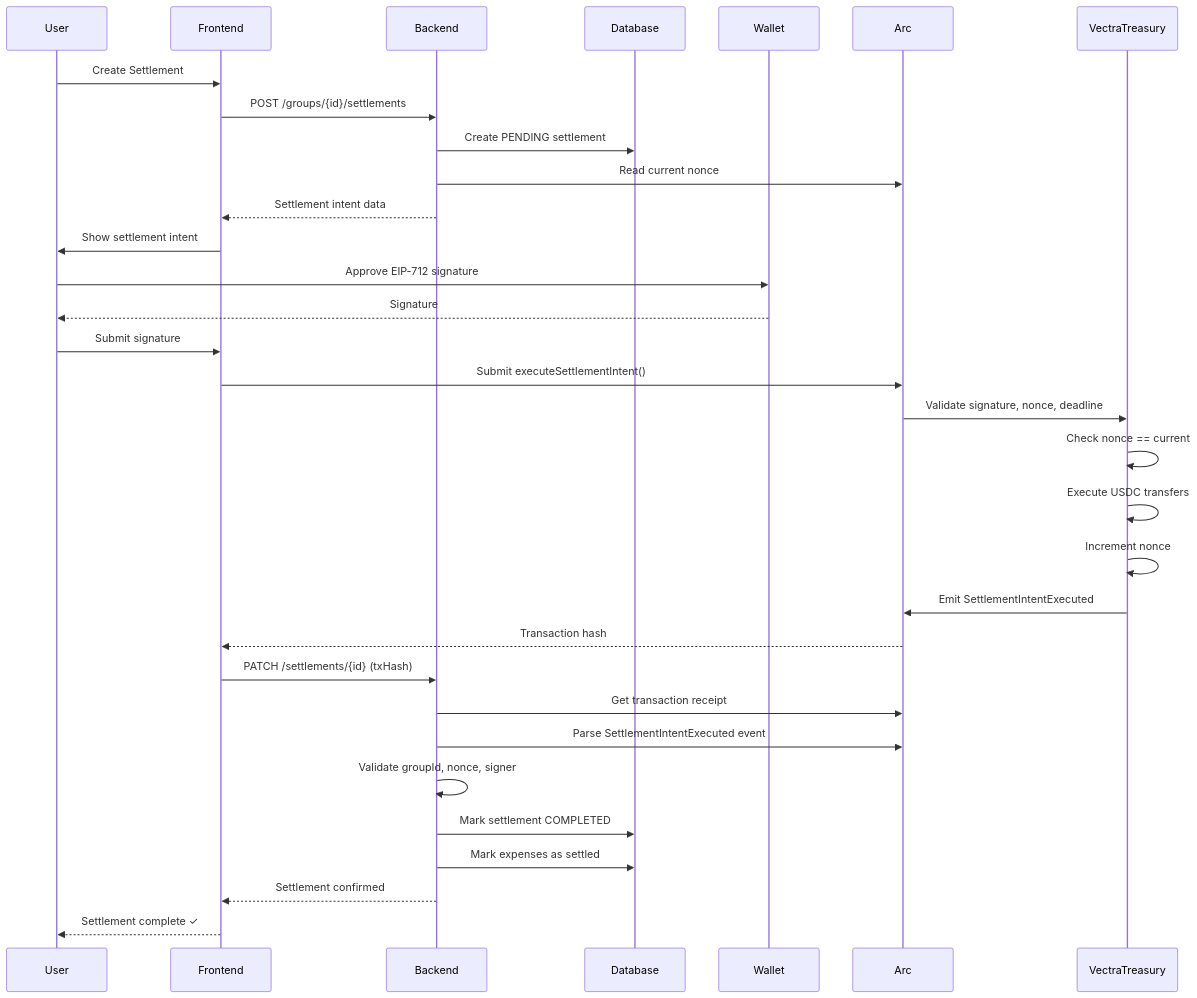
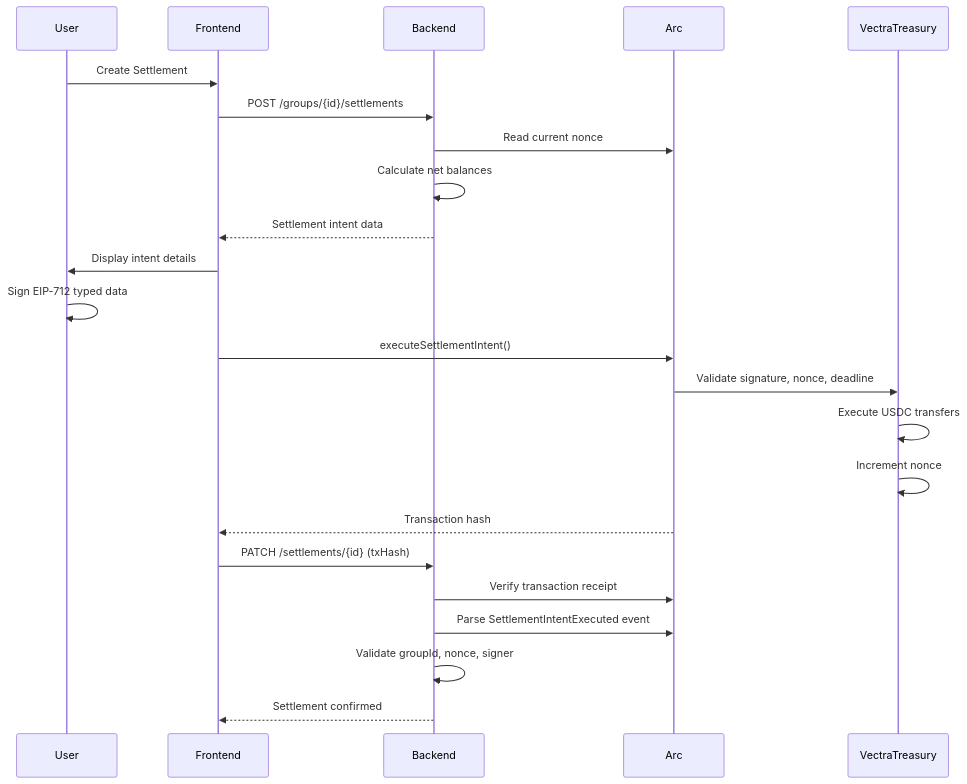
The second of 2 diagrams in README.md (Pixie-19/Vectra), drawn with Mermaid before and after one commit. The commit also changed other lines of this file and 1 other file, not shown here.

````diff
--- a/README.md
+++ b/README.md
@@ -207,38 +183,29 @@
 ```mermaid
 sequenceDiagram
     participant User
     participant Frontend
     participant Backend
-    participant Database
-    participant Wallet
     participant Arc
     participant VectraTreasury
     
     User->>Frontend: Create Settlement
     Frontend->>Backend: POST /groups/{id}/settlements
-    Backend->>Database: Create PENDING settlement
     Backend->>Arc: Read current nonce
+    Backend->>Backend: Calculate net balances
     Backend-->>Frontend: Settlement intent data
     
-    Frontend->>User: Show settlement intent
-    User->>Wallet: Approve EIP-712 signature
-    Wallet-->>User: Signature
-    User->>Frontend: Submit signature
+    Frontend->>User: Display intent details
+    User->>User: Sign EIP-712 typed data
     
-    Frontend->>Arc: Submit executeSettlementIntent()
+    Frontend->>Arc: executeSettlementIntent()
     Arc->>VectraTreasury: Validate signature, nonce, deadline
-    VectraTreasury->>VectraTreasury: Check nonce == current
     VectraTreasury->>VectraTreasury: Execute USDC transfers
     VectraTreasury->>VectraTreasury: Increment nonce
-    VectraTreasury->>Arc: Emit SettlementIntentExecuted
     Arc-->>Frontend: Transaction hash
     
     Frontend->>Backend: PATCH /settlements/{id} (txHash)
-    Backend->>Arc: Get transaction receipt
+    Backend->>Arc: Verify transaction receipt
     Backend->>Arc: Parse SettlementIntentExecuted event
     Backend->>Backend: Validate groupId, nonce, signer
-    Backend->>Database: Mark settlement COMPLETED
-    Backend->>Database: Mark expenses as settled
     Backend-->>Frontend: Settlement confirmed
-    Frontend-->>User: Settlement complete ✓
 ```
````
